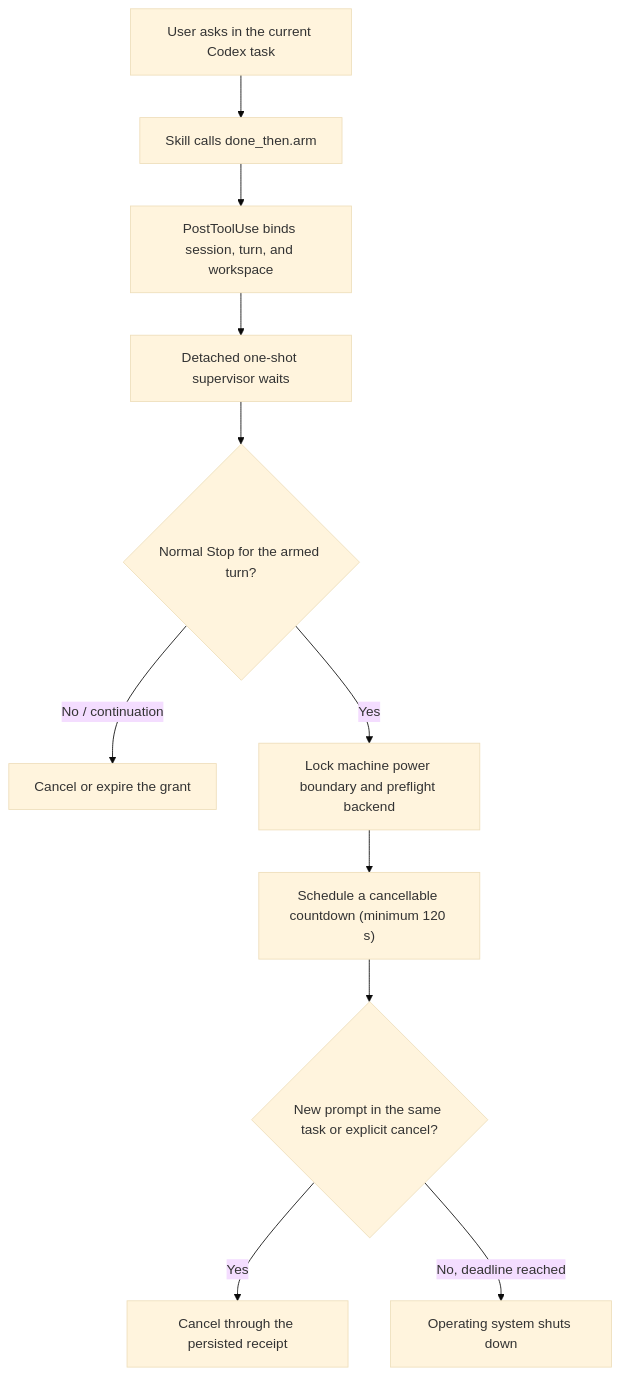
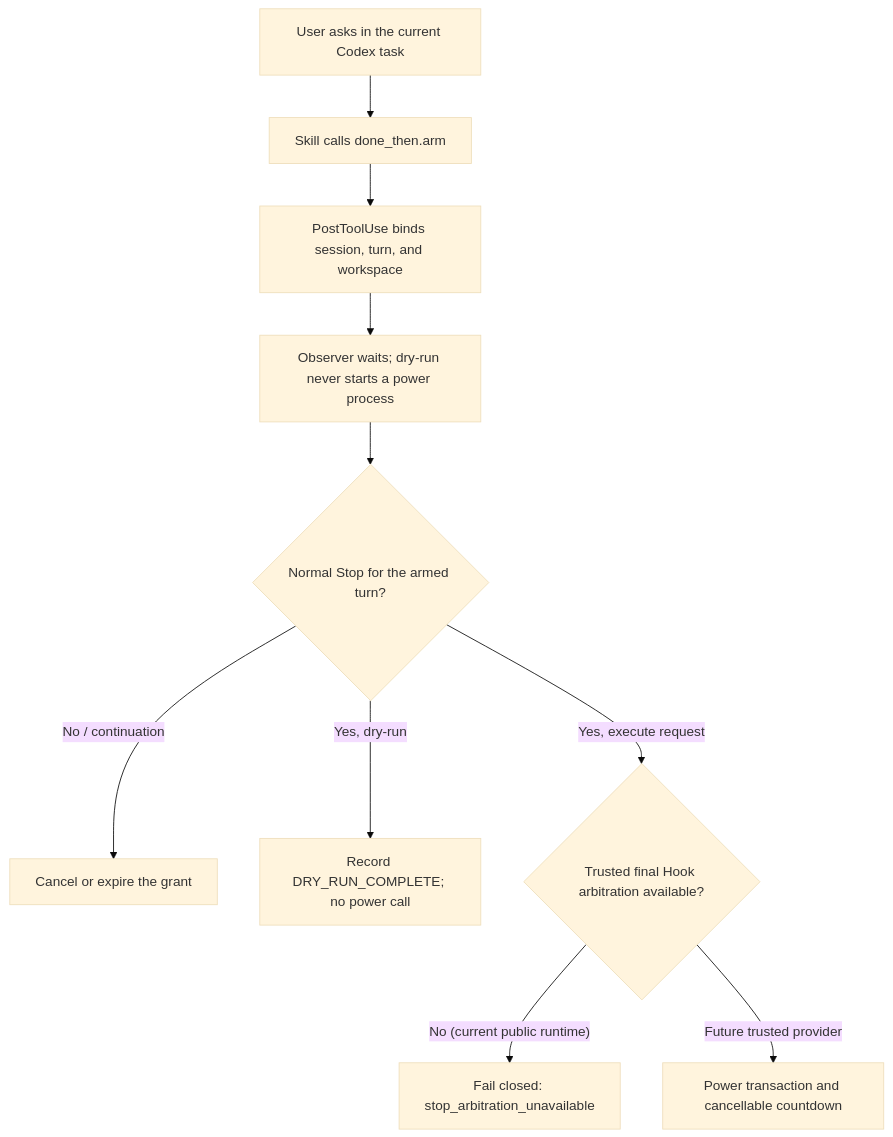
One commit to andyandymike/done-then changed the diagram in README.md. Above: the diagram before and after it, drawn with Mermaid (base theme). The commit also changed other lines of this file and 40 other files, not shown here.

Commit message:
Implement fail-closed multi-session recovery

````diff
--- a/README.md
+++ b/README.md
@@ -40,13 +39,12 @@
 ```mermaid
 flowchart TD
     U["User asks in the current Codex task"] --> A["Skill calls done_then.arm"]
     A --> B["PostToolUse binds session, turn, and workspace"]
-    B --> W["Detached one-shot supervisor waits"]
+    B --> W["Observer waits; dry-run never starts a power process"]
     W --> S{"Normal Stop for the armed turn?"}
     S -- "No / continuation" --> C["Cancel or expire the grant"]
-    S -- "Yes" --> G["Lock machine power boundary and preflight backend"]
-    G --> D["Schedule a cancellable countdown (minimum 120 s)"]
-    D --> N{"New prompt in the same task or explicit cancel?"}
-    N -- "Yes" --> X["Cancel through the persisted receipt"]
-    N -- "No, deadline reached" --> P["Operating system shuts down"]
+    S -- "Yes, dry-run" --> R["Record DRY_RUN_COMPLETE; no power call"]
+    S -- "Yes, execute request" --> G{"Trusted final Hook arbitration available?"}
+    G -- "No (current public runtime)" --> F["Fail closed: stop_arbitration_unavailable"]
+    G -- "Future trusted provider" --> D["Power transaction and cancellable countdown"]
 ```
````
